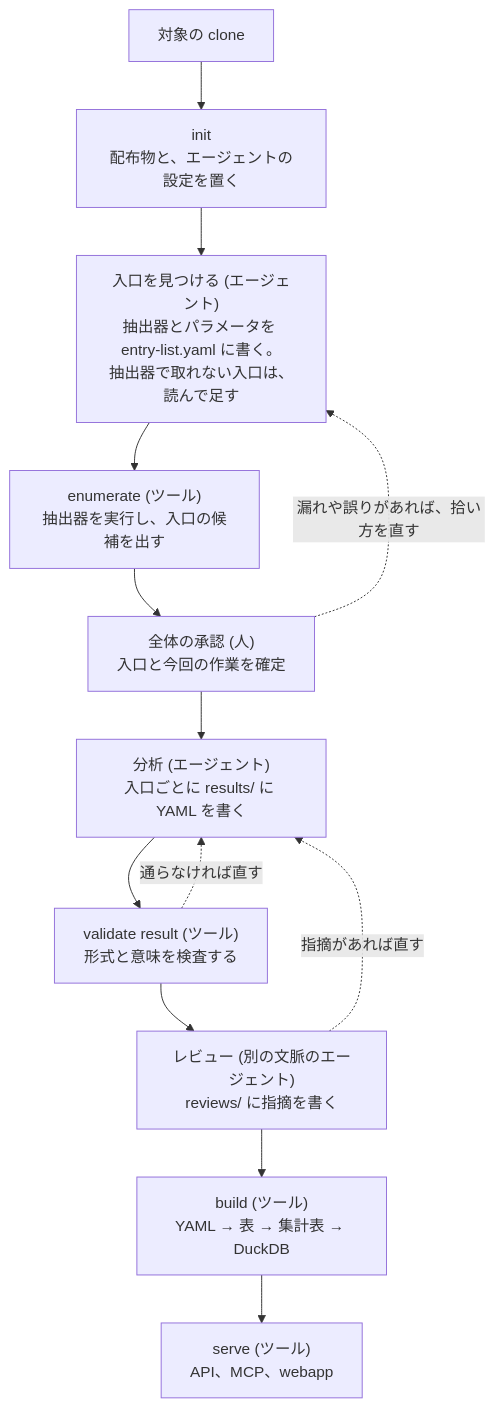
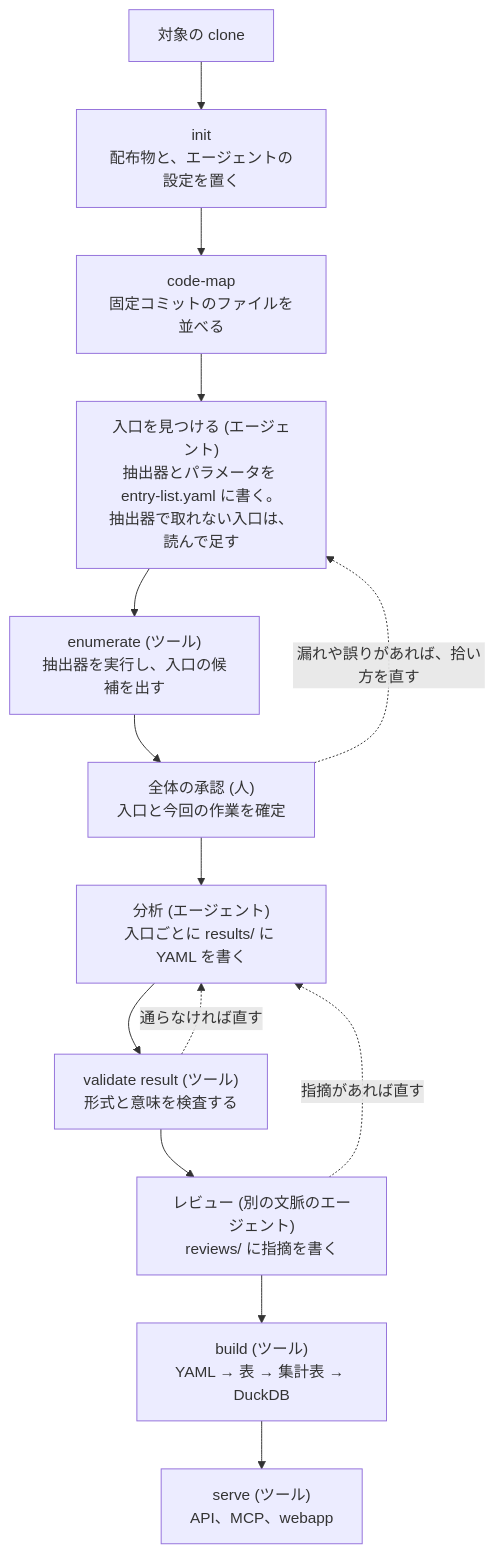
Before and after one commit to suwa-sh/as-built-atlas: the first of 4 diagrams in docs/architecture/pipeline.md, drawn with Mermaid. The commit also changed other lines of this file and 21 other files, not shown here.

````diff
--- a/docs/architecture/pipeline.md
+++ b/docs/architecture/pipeline.md
@@ -9,16 +9,17 @@
 ```mermaid
 flowchart TB
   T[対象の clone] --> I
-  I["init<br>配布物と、エージェントの設定を置く"] --> D
+  I["init<br>配布物と、エージェントの設定を置く"] --> M
+  M["code-map<br>固定コミットのファイルを並べる"] --> D
   D["入口を見つける (エージェント)<br>抽出器とパラメータを entry-list.yaml に書く。<br>抽出器で取れない入口は、読んで足す"] --> E
   E["enumerate (ツール)<br>抽出器を実行し、入口の候補を出す"] --> H
   H["全体の承認 (人)<br>入口と今回の作業を確定"] --> A
   A["分析 (エージェント)<br>入口ごとに results/ に YAML を書く"] --> V
   V["validate result (ツール)<br>形式と意味を検査する"] --> RV
   RV["レビュー (別の文脈のエージェント)<br>reviews/ に指摘を書く"] --> B
   B["build (ツール)<br>YAML → 表 → 集計表 → DuckDB"] --> S
   S["serve (ツール)<br>API、MCP、webapp"]
   H -.->|漏れや誤りがあれば、拾い方を直す| D
   V -.->|通らなければ直す| A
   RV -.->|指摘があれば直す| A
 ```
````
